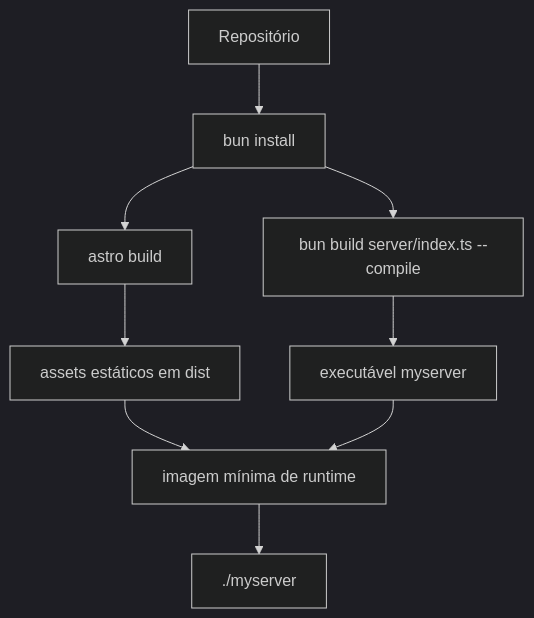
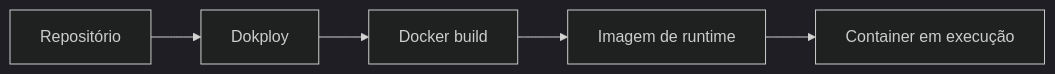
Before and after one commit to ErickCReis/ErickCReis: the second of 2 diagrams in web/content/blog/rewriting-my-portfolio-for-self-hosting.pt-BR.mdx, drawn with Mermaid (dark theme). The commit also changed other lines of this file and 1 other file, not shown here.

````diff
--- a/web/content/blog/rewriting-my-portfolio-for-self-hosting.pt-BR.mdx
+++ b/web/content/blog/rewriting-my-portfolio-for-self-hosting.pt-BR.mdx
@@ -54,11 +46,7 @@
 ```mermaid center
-flowchart TB
-  Source["Repositório"] --> Install["bun install"]
-  Install --> Astro["astro build"]
-  Install --> Compile["bun build server/index.ts --compile"]
-  Astro --> Dist["assets estáticos em dist"]
-  Compile --> Binary["executável myserver"]
-  Dist --> Image["imagem mínima de runtime"]
-  Binary --> Image
-  Image --> Run["./myserver"]
+flowchart LR
+  Source["Repositório"] --> Dokploy["Dokploy"]
+  Dokploy --> Build["Docker build"]
+  Build --> Image["Imagem de runtime"]
+  Image --> Container["Container em execução"]
 ```
````
